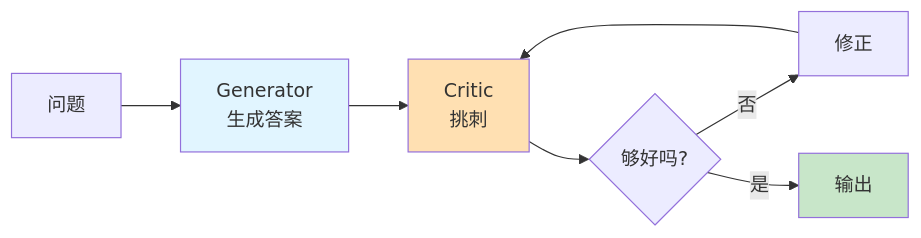
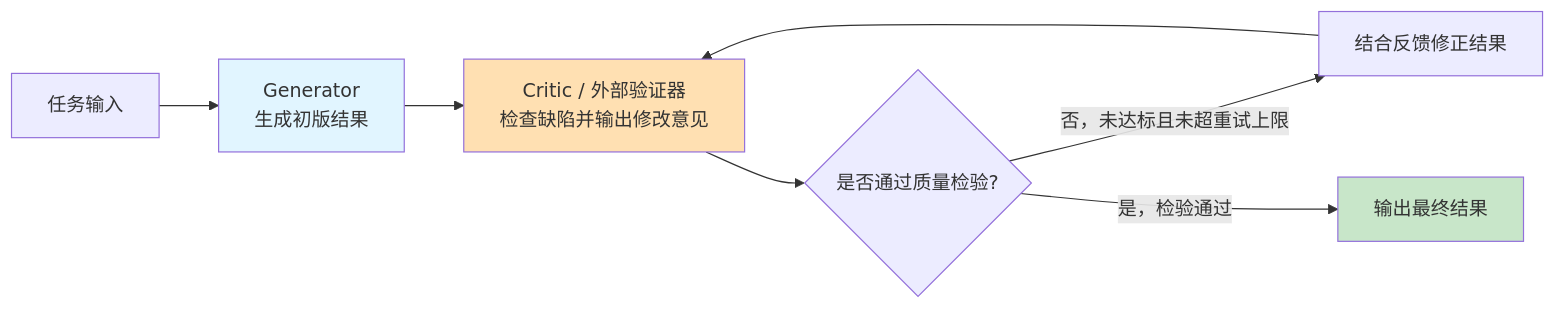
Before and after one commit to GuoWWWX/knowledge-base: the ninth of 14 diagrams in 10-AI应用开发/00-总览/AI应用开发学习路径.md, drawn with Mermaid. The commit also changed other lines of this file and 251 other files, not shown here.

````diff
--- a/10-AI应用开发/00-总览/AI应用开发学习路径.md
+++ b/10-AI应用开发/00-总览/AI应用开发学习路径.md
@@ -1011,13 +971,13 @@
 ```mermaid
 flowchart LR
-    A[问题] --> B[Generator<br/>生成答案]
-    B --> C[Critic<br/>挑刺]
-    C --> D{够好吗?}
-    D -->|否| E[修正]
+    A[任务输入] --> B[Generator<br/>生成初版结果]
+    B --> C[Critic / 外部验证器<br/>检查缺陷并输出修改意见]
+    C --> D{是否通过质量检验?}
+    D -->|否，未达标且未超重试上限| E[结合反馈修正结果]
     E --> C
-    D -->|是| F[输出]
+    D -->|是，检验通过| F[输出最终结果]
     
     style B fill:#e1f5ff
     style C fill:#ffe0b2
     style F fill:#c8e6c9
 ```
````
